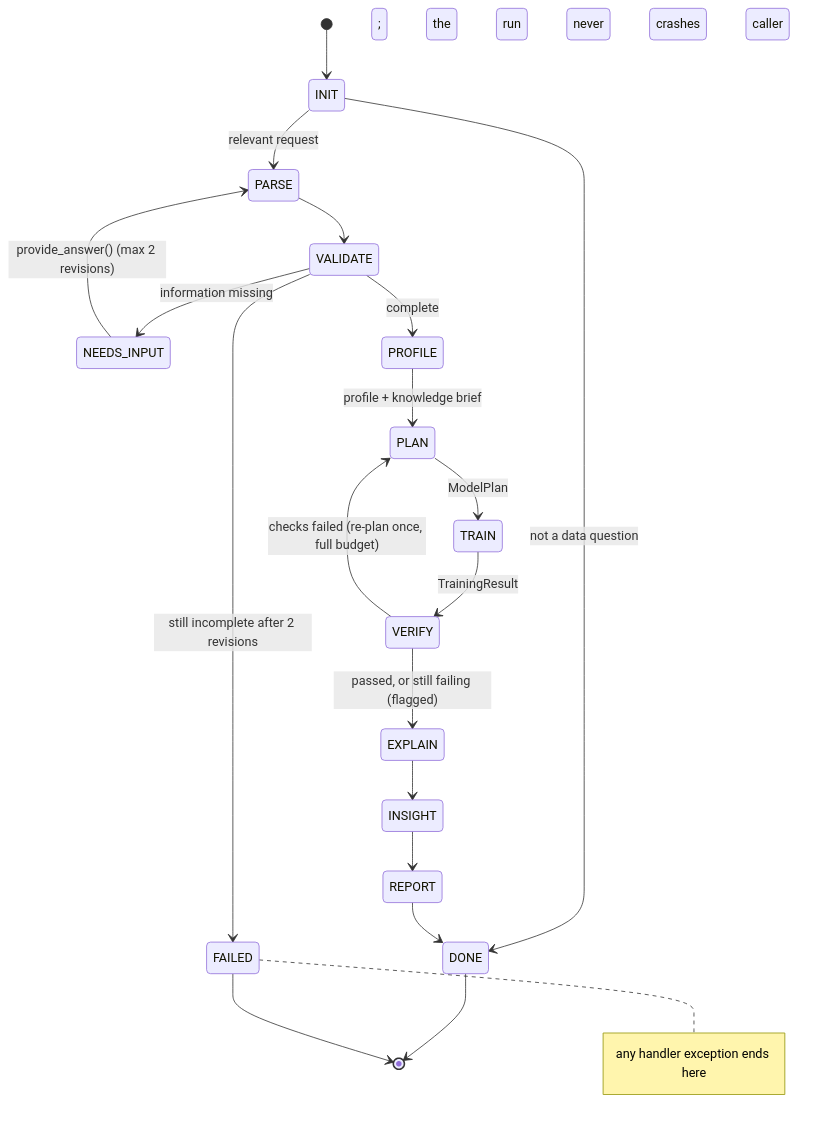
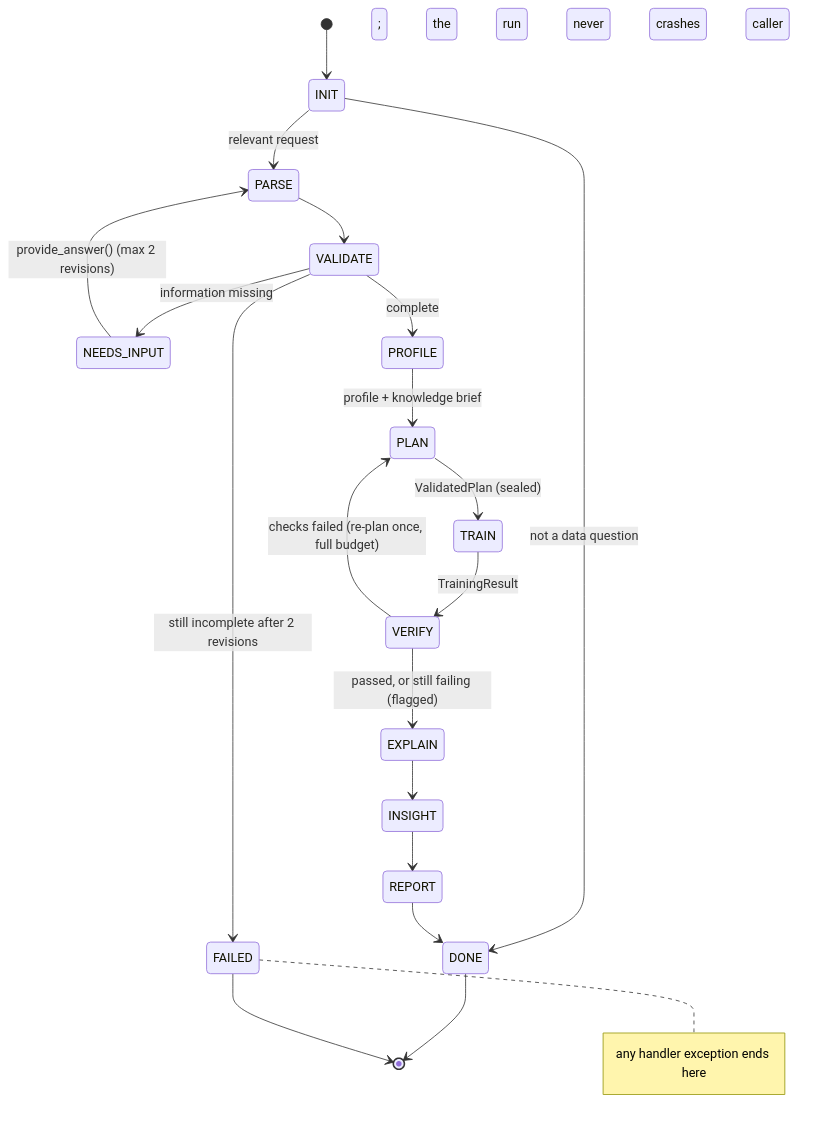
Before and after one commit to rajpatil1390/intelligent-decision-support-system: the second of 7 diagrams in docs/architecture.md, drawn with Mermaid. The commit also changed other lines of this file and 51 other files, not shown here.

````diff
--- a/docs/architecture.md
+++ b/docs/architecture.md
@@ -80,22 +83,22 @@
 ```mermaid
 stateDiagram-v2
     [*] --> INIT
     INIT --> PARSE: relevant request
     INIT --> DONE: not a data question
     PARSE --> VALIDATE
     VALIDATE --> NEEDS_INPUT: information missing
     NEEDS_INPUT --> PARSE: provide_answer() (max 2 revisions)
     VALIDATE --> FAILED: still incomplete after 2 revisions
     VALIDATE --> PROFILE: complete
     PROFILE --> PLAN: profile + knowledge brief
-    PLAN --> TRAIN: ModelPlan
+    PLAN --> TRAIN: ValidatedPlan (sealed)
     TRAIN --> VERIFY: TrainingResult
     VERIFY --> PLAN: checks failed (re-plan once, full budget)
     VERIFY --> EXPLAIN: passed, or still failing (flagged)
     EXPLAIN --> INSIGHT
     INSIGHT --> REPORT
     REPORT --> DONE
     DONE --> [*]
     FAILED --> [*]
     note right of FAILED: any handler exception ends here; the run never crashes the caller
 ```
````
